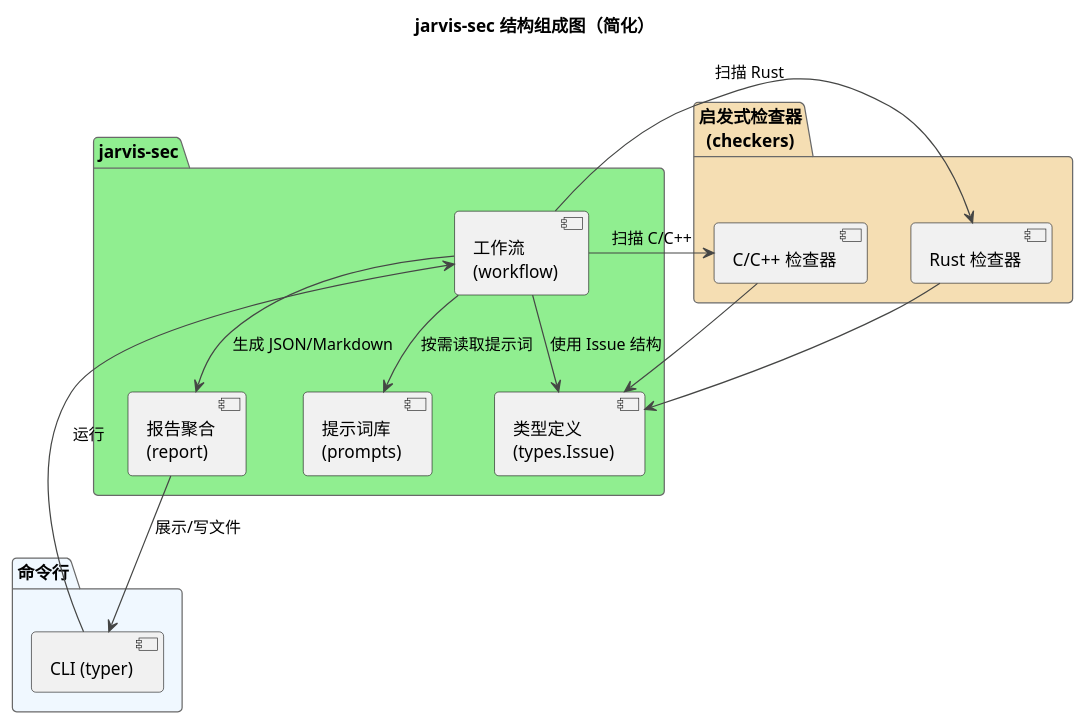
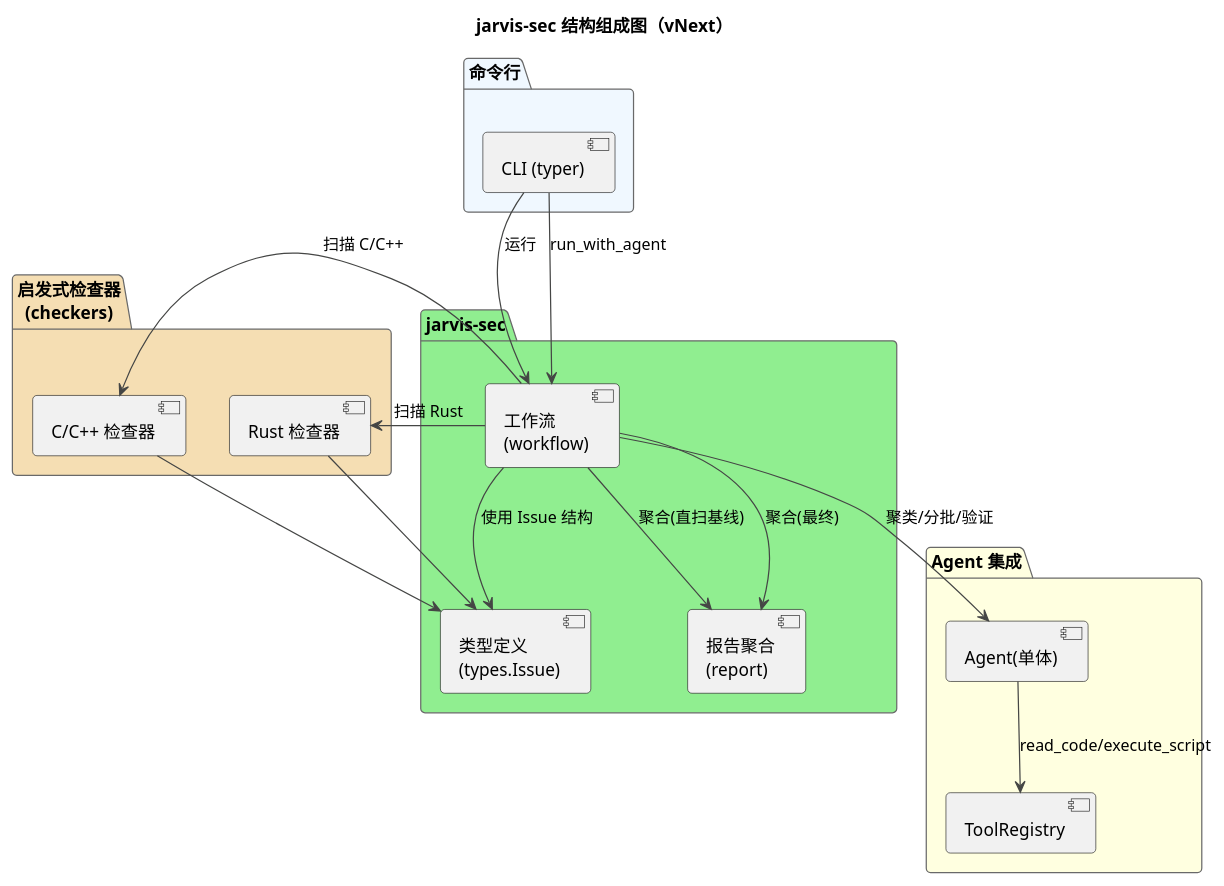
The first of 3 diagrams in docs/架构设计/jarvis-sec系统架构设计.md (skyfireitdiy/Jarvis), drawn with PlantUML before and after one commit. The commit also changed other lines of this file, not shown here.

First line of the commit message:
docs(架构): 更新架构设计为vNext，加入单Agent聚类验证与JSONL断点续扫

````diff
--- a/docs/架构设计/jarvis-sec系统架构设计.md
+++ b/docs/架构设计/jarvis-sec系统架构设计.md
@@ -26,37 +43,43 @@
 ```plantuml
 @startuml
 !theme vibrant
-title jarvis-sec 结构组成图（简化）
+title jarvis-sec 结构组成图（vNext）
 
 package "jarvis-sec" #LightGreen {
   component "工作流\n(workflow)" as Workflow
   component "报告聚合\n(report)" as Report
-  component "提示词库\n(prompts)" as Prompts
   component "类型定义\n(types.Issue)" as Types
 }
 
 package "启发式检查器\n(checkers)" #Wheat {
   component "C/C++ 检查器" as CChecker
   component "Rust 检查器" as RustChecker
 }
 
+package "Agent 集成" #LightYellow {
+  component "Agent(单体)" as Agent
+  component "ToolRegistry" as Tools
+}
 
 package "命令行" #AliceBlue {
   component "CLI (typer)" as CLI
 }
 
-' 直扫路径
+' 直扫基线
 CLI --> Workflow : 运行
 Workflow --> CChecker : 扫描 C/C++
 Workflow --> RustChecker : 扫描 Rust
-Workflow --> Report : 生成 JSON/Markdown
-Report --> CLI : 展示/写文件
+Workflow --> Report : 聚合(直扫基线)
 
+' 单Agent聚类分批验证
+CLI --> Workflow : run_with_agent
+Workflow --> Agent : 聚类/分批/验证
+Agent --> Tools : read_code/execute_script
+Workflow --> Report : 聚合(最终)
 
 ' 依赖
-Workflow --> Prompts : 按需读取提示词
 Workflow --> Types : 使用 Issue 结构
 CChecker --> Types
 RustChecker --> Types
 @enduml
 ```
````
